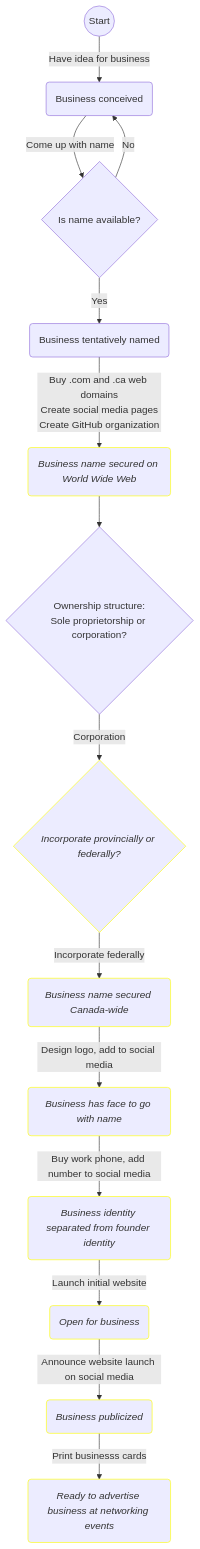
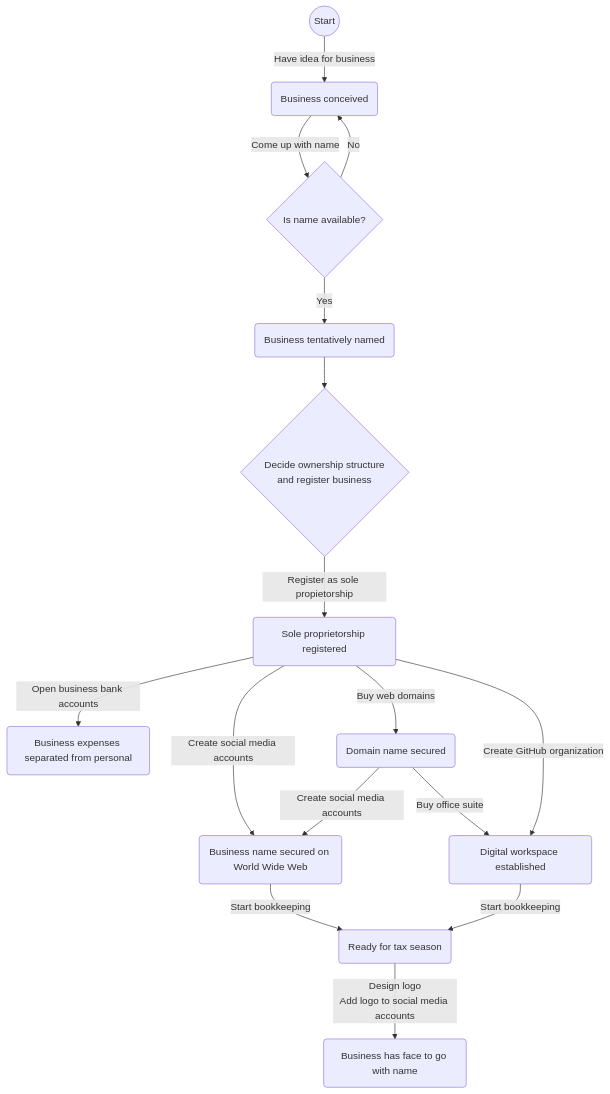
One commit to OttawaNerdCorp/blog changed the diagram in bizdev/bizdev.md. Above: the diagram before and after it, drawn with Mermaid. The commit also changed other lines of this file and 1 other file, not shown here.

````diff
--- a/bizdev/bizdev.md
+++ b/bizdev/bizdev.md
@@ -18,19 +31,19 @@
 ```mermaid
 flowchart TB
-    classDef todo stroke:yellow,font-style:italic
-
-    s0((Start)) -- Have idea for business --> s1(Business conceived)
-    s1 -- Come up with name --> d1
-    d1{Is name available?}
-    d1 -- No --> s1
-    d1 -- Yes --> s2(Business tentatively named)
-    s2 -- Buy .com and .ca web domains<br>Create social media pages<br>Create GitHub organization --> s3(Business name secured on World Wide Web):::todo
-    s3 --> d2{Ownership structure:<br>Sole proprietorship or corporation?}
-    d2 -- Corporation --> d3{Incorporate provincially or federally?}:::todo
-    d3 -- Incorporate federally --> s7(Business name secured Canada-wide):::todo
-    s7 -- Design logo, add to social media --> s8(Business has face to go with name):::todo
-    s8 -- Buy work phone, add number to social media --> s9(Business identity separated from founder identity):::todo
-    s9 -- Launch initial website --> s10(Open for business):::todo
-    s10 -- Announce website launch on social media --> s11(Business publicized):::todo
-    s11 -- Print businesss cards --> s13(Ready to advertise business at networking events):::todo
+    start((Start)) -- Have idea for business --> conceived(Business conceived)
+    conceived -- Come up with name --> nameAvailibility
+    nameAvailibility{Is name available?}
+    nameAvailibility -- Yes --> tentativelyNamed(Business tentatively named)
+    nameAvailibility -- No --> conceived
+    tentativelyNamed --> ownershipStructure{Decide ownership structure<br>and register business}
+    ownershipStructure -- Register as sole propietorship --> solePropRegistered(Sole proprietorship registered)
+    solePropRegistered -- Open business bank accounts --> separateAccounts(Business expenses separated from personal)
+    solePropRegistered -- Create social media accounts --> nameSecured(Business name secured on World Wide Web)
+    solePropRegistered -- Buy web domains --> domainSecured(Domain name secured)
+    domainSecured -- Create social media accounts --> nameSecured
+    domainSecured -- Buy office suite --> digitalWorkspace(Digital workspace established)
+    solePropRegistered -- Create GitHub organization --> digitalWorkspace
+    nameSecured -- Start bookkeeping --> taxReady(Ready for tax season)
+    digitalWorkspace -- Start bookkeeping --> taxReady
+    taxReady -- Design logo<br>Add logo to social media accounts --> hasLogo(Business has face to go with name)
 ```
````
